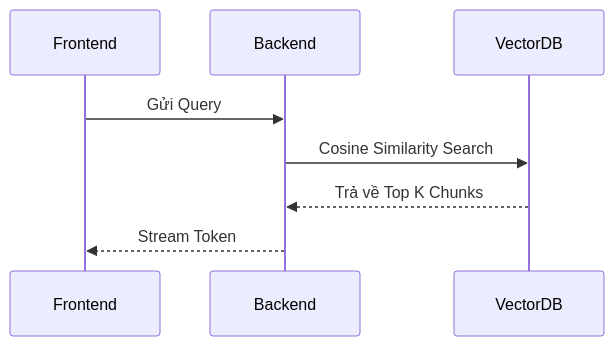
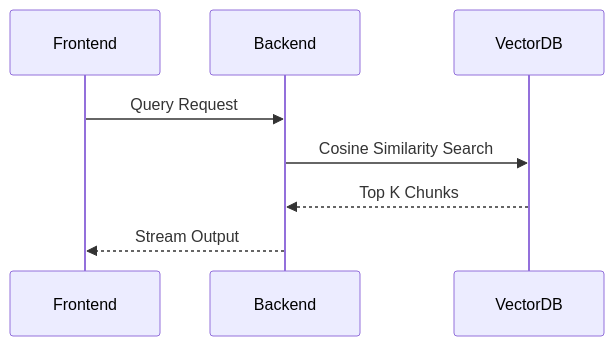
The diagram in .antigravity/agents/01-strategy/system-architect.mdc (Hoang-Dang01/Ai-Agent), drawn with Mermaid before and after one commit. The commit also changed other lines of this file and 42 other files, not shown here.

Commit message:
feat: initialize project architecture with modular agents, containerization, and sidebar navigation component

````diff
--- a/.antigravity/agents/01-strategy/system-architect.mdc
+++ b/.antigravity/agents/01-strategy/system-architect.mdc
@@ -25,10 +62,10 @@
 ```mermaid
 sequenceDiagram
     participant F as Frontend
     participant B as Backend
     participant D as VectorDB
-    F->>B: Gửi Query
+    F->>B: Query Request
     B->>D: Cosine Similarity Search
-    D-->>B: Trả về Top K Chunks
-    B-->>F: Stream Token
+    D-->>B: Top K Chunks
+    B-->>F: Stream Output
 ```
````
